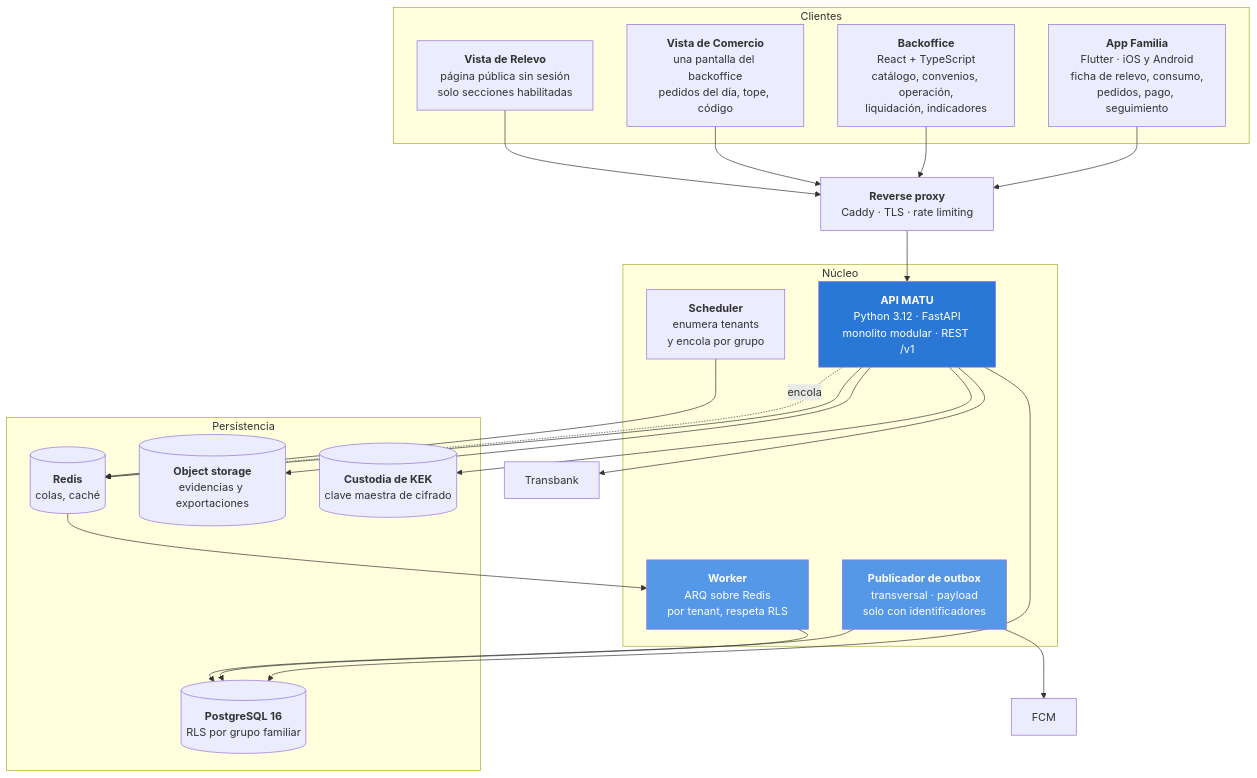
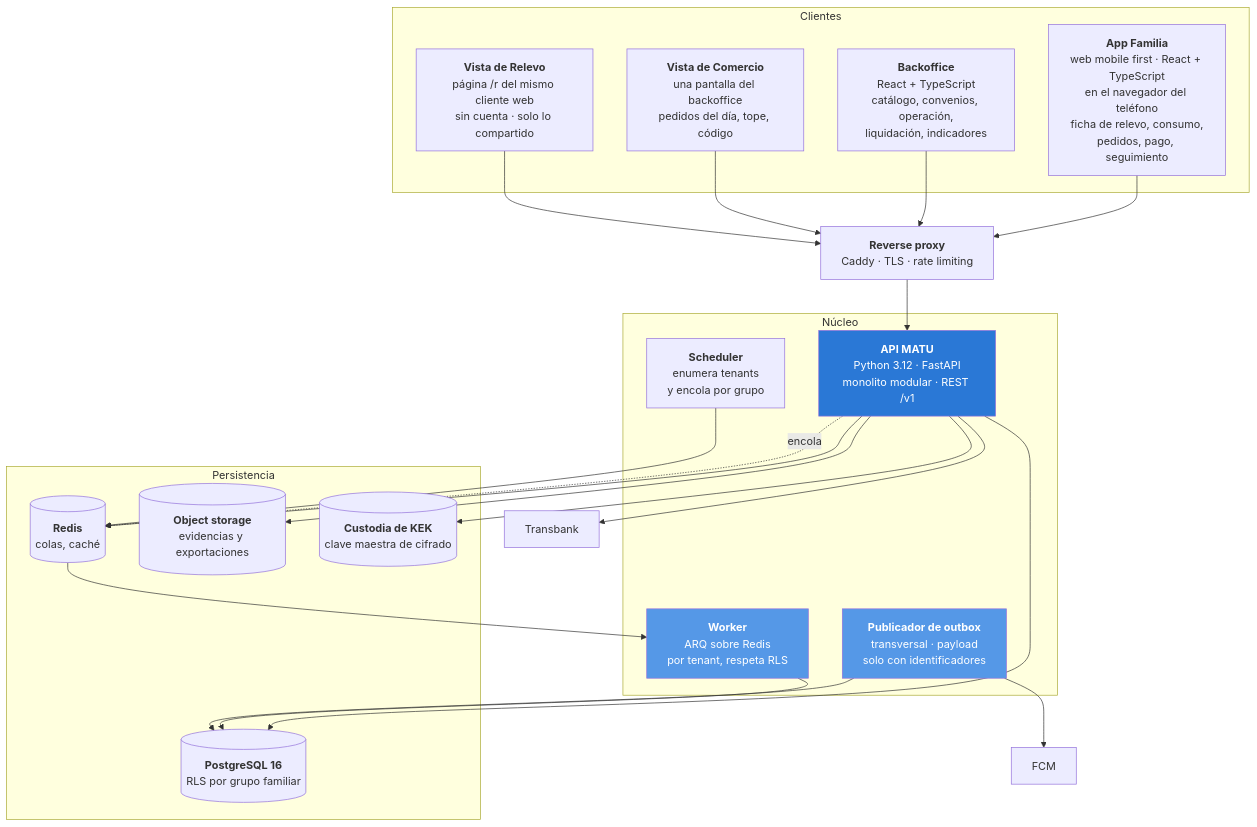
Before and after one commit to MartinHenriquez131/MATU: the third of 11 diagrams in docs/arquitectura.md, drawn with Mermaid. The commit also changed other lines of this file, not shown here.

First line of the commit message:
docs(arquitectura): la aplicación de la familia es web, mobile first, y el anexo 19.1 muestra los dos repositorios (ADR-026, MATU-43)

````diff
--- a/docs/arquitectura.md
+++ b/docs/arquitectura.md
@@ -337,46 +337,46 @@
 ```mermaid
 graph TB
     subgraph "Clientes"
-        AF["<b>App Familia</b><br/>Flutter · iOS y Android<br/>ficha de relevo, consumo,<br/>pedidos, pago, seguimiento"]
+        AF["<b>App Familia</b><br/>web mobile first · React + TypeScript<br/>en el navegador del teléfono<br/>ficha de relevo, consumo,<br/>pedidos, pago, seguimiento"]
         BO["<b>Backoffice</b><br/>React + TypeScript<br/>catálogo, convenios, operación,<br/>liquidación, indicadores"]
         VC["<b>Vista de Comercio</b><br/>una pantalla del backoffice<br/>pedidos del día, tope, código"]
-        VR["<b>Vista de Relevo</b><br/>página pública sin sesión<br/>solo secciones habilitadas"]
+        VR["<b>Vista de Relevo</b><br/>página /r del mismo cliente web<br/>sin cuenta · solo lo compartido"]
     end
 
     GW["<b>Reverse proxy</b><br/>Caddy · TLS · rate limiting"]
 
     subgraph "Núcleo"
         API["<b>API MATU</b><br/>Python 3.12 · FastAPI<br/>monolito modular · REST /v1"]
         WK["<b>Worker</b><br/>ARQ sobre Redis<br/>por tenant, respeta RLS"]
         PUB["<b>Publicador de outbox</b><br/>transversal · payload<br/>solo con identificadores"]
         SCH["<b>Scheduler</b><br/>enumera tenants<br/>y encola por grupo"]
     end
 
     subgraph "Persistencia"
         PG[("<b>PostgreSQL 16</b><br/>RLS por grupo familiar")]
         RD[("<b>Redis</b><br/>colas, caché")]
         S3[("<b>Object storage</b><br/>evidencias y exportaciones")]
         KM[("<b>Custodia de KEK</b><br/>clave maestra de cifrado")]
     end
 
     AF --> GW
     BO --> GW
     VC --> GW
     VR --> GW
     GW --> API
     API --> PG
     API --> RD
     API --> S3
     API --> KM
     API -.->|encola| RD
     RD --> WK
     SCH --> RD
     WK --> PG
     PUB --> PG
     PUB --> FCM["FCM"]
     API --> TB["Transbank"]
 
     style API fill:#2a78d6,color:#fff
     style WK fill:#5598e7,color:#fff
     style PUB fill:#5598e7,color:#fff
 ```
````
